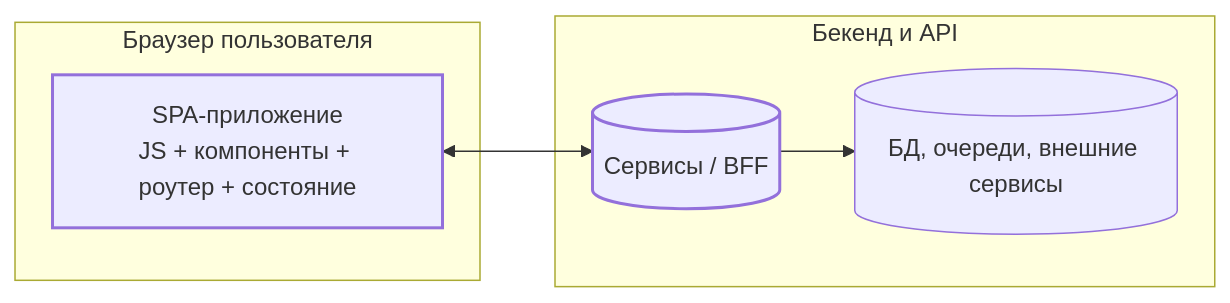
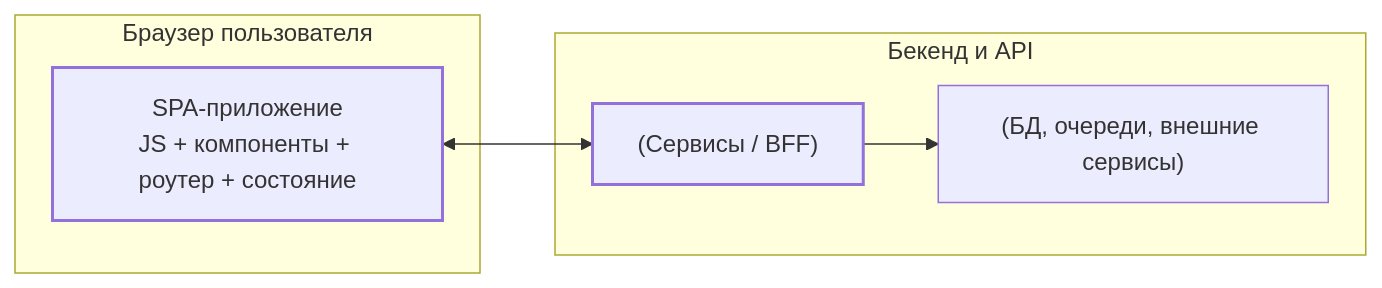
One commit to DDoSKudya/ai-study-atlas changed the third of 4 diagrams in directions/architecture/pact/22_frontend_spa_single_page_application/01_22_1_spa_kak_ustroeno_odnostranichnoe_prilozhenie.md. Above: the diagram before and after it, drawn with Mermaid. The commit also changed other lines of this file and 322 other files, not shown here.

Commit message:
fix(docs): make mermaid diagrams GitHub-compatible across directions content

````diff
--- a/directions/architecture/pact/22_frontend_spa_single_page_application/01_22_1_spa_kak_ustroeno_odnostranichnoe_prilozhenie.md
+++ b/directions/architecture/pact/22_frontend_spa_single_page_application/01_22_1_spa_kak_ustroeno_odnostranichnoe_prilozhenie.md
@@ -97,15 +97,15 @@
 ```mermaid
 flowchart LR
   subgraph Browser["Браузер пользователя"]
-    A[SPA-приложение<br/>JS + компоненты + роутер + состояние]
+    A["SPA-приложение<br/>JS + компоненты + роутер + состояние"]
   end
 
   subgraph Backend["Бекенд и API"]
-    B[(Сервисы / BFF)] --> C[(БД, очереди, внешние сервисы)]
+    B["(Сервисы / BFF)"] --> C["(БД, очереди, внешние сервисы)"]
   end
 
   A <--> B
 
   classDef bold stroke-width:2px;
   class A,B bold;
 ```
````
